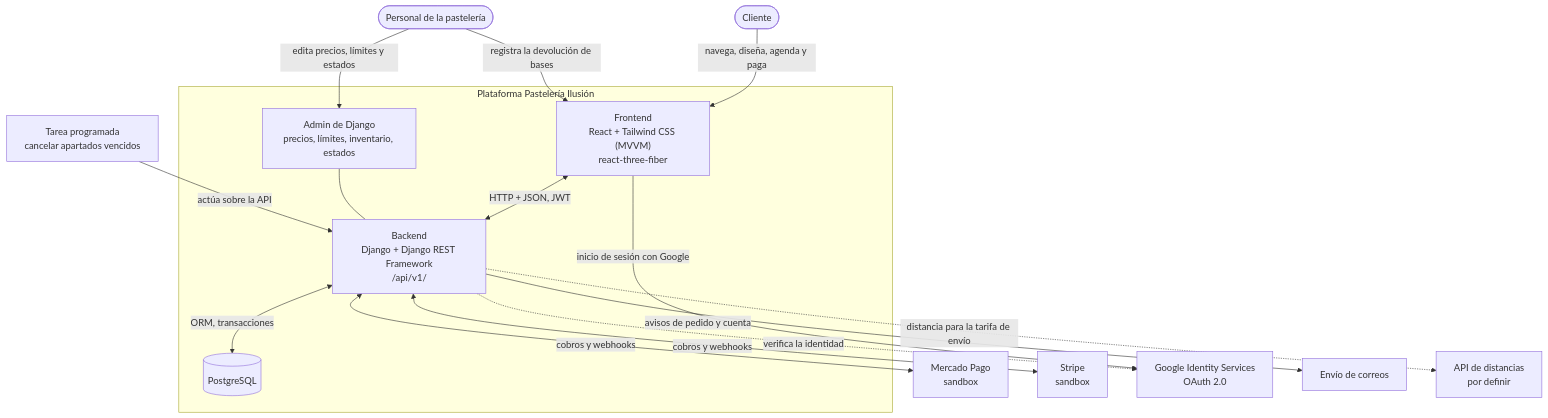
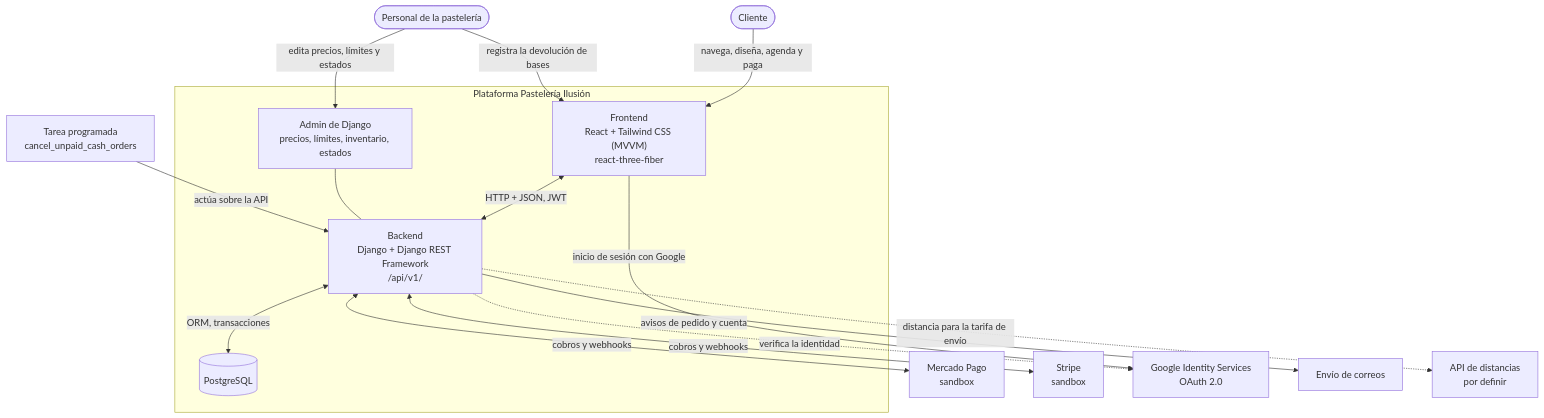
Before and after one commit to Yordi-JA/pasteleria-ilusion: the first of 6 diagrams in docs/proyecto/arquitectura.md, drawn with Mermaid. The commit also changed other lines of this file and 55 other files, not shown here.

````diff
--- a/docs/proyecto/arquitectura.md
+++ b/docs/proyecto/arquitectura.md
@@ -21,32 +21,32 @@
 ```mermaid
 flowchart TD
     Cliente(["Cliente"])
     Personal(["Personal de la pastelería"])
 
     subgraph Plataforma["Plataforma Pastelería Ilusión"]
         UI["Frontend<br/>React + Tailwind CSS (MVVM)<br/>react-three-fiber"]
         API["Backend<br/>Django + Django REST Framework<br/>/api/v1/"]
         Admin["Admin de Django<br/>precios, límites, inventario, estados"]
         DB[("PostgreSQL")]
     end
 
     MP["Mercado Pago<br/>sandbox"]
     Stripe["Stripe<br/>sandbox"]
     GIS["Google Identity Services<br/>OAuth 2.0"]
     Correo["Envío de correos"]
     Dist["API de distancias<br/>por definir"]
 
     Cliente -->|"navega, diseña, agenda y paga"| UI
     Personal -->|"edita precios, límites y estados"| Admin
     Personal -->|"registra la devolución de bases"| UI
     UI <-->|"HTTP + JSON, JWT"| API
     Admin --- API
     API <-->|"ORM, transacciones"| DB
     API <-->|"cobros y webhooks"| MP
     API <-->|"cobros y webhooks"| Stripe
     UI -->|"inicio de sesión con Google"| GIS
     API -.->|"verifica la identidad"| GIS
     API -->|"avisos de pedido y cuenta"| Correo
     API -.->|"distancia para la tarifa de envío"| Dist
-    Tarea["Tarea programada<br/>cancelar apartados vencidos"] -->|"actúa sobre la API"| API
+    Tarea["Tarea programada<br/>cancel_unpaid_cash_orders"] -->|"actúa sobre la API"| API
 ```
````
